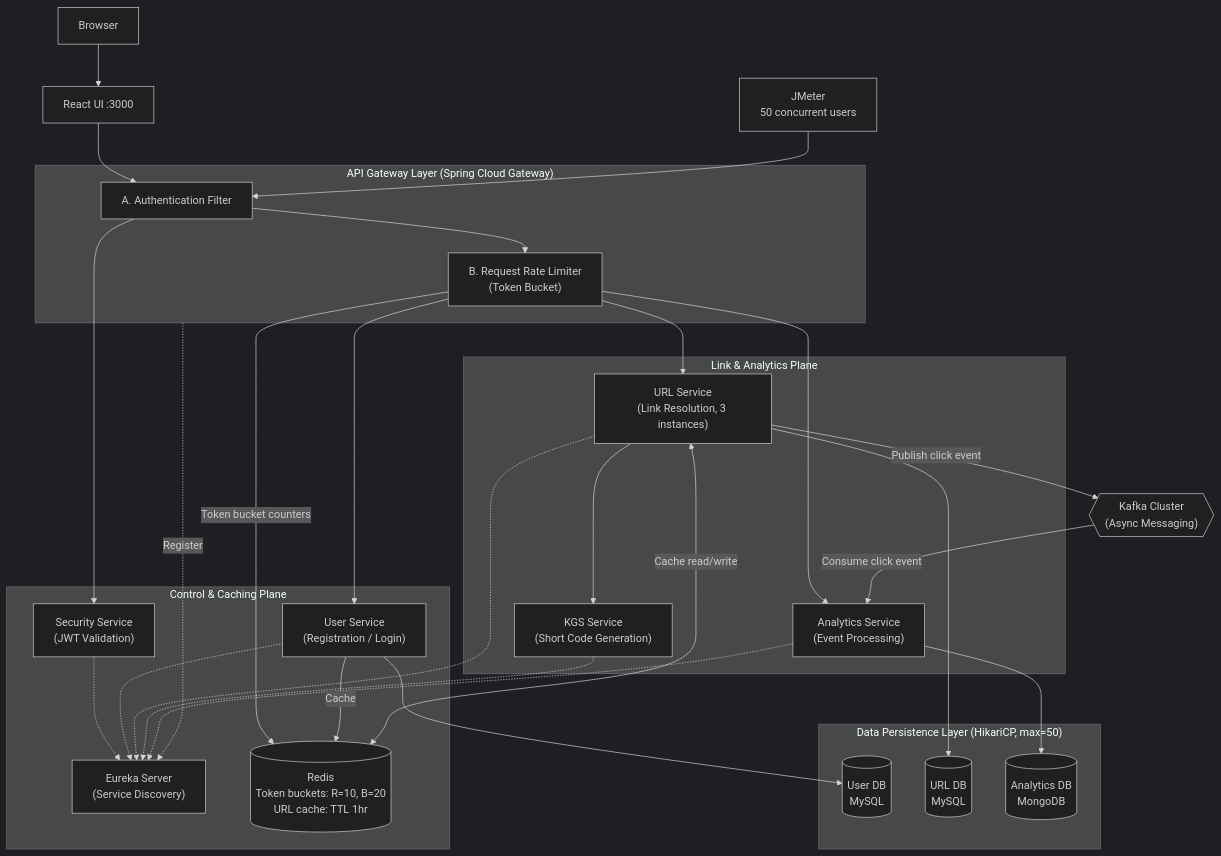
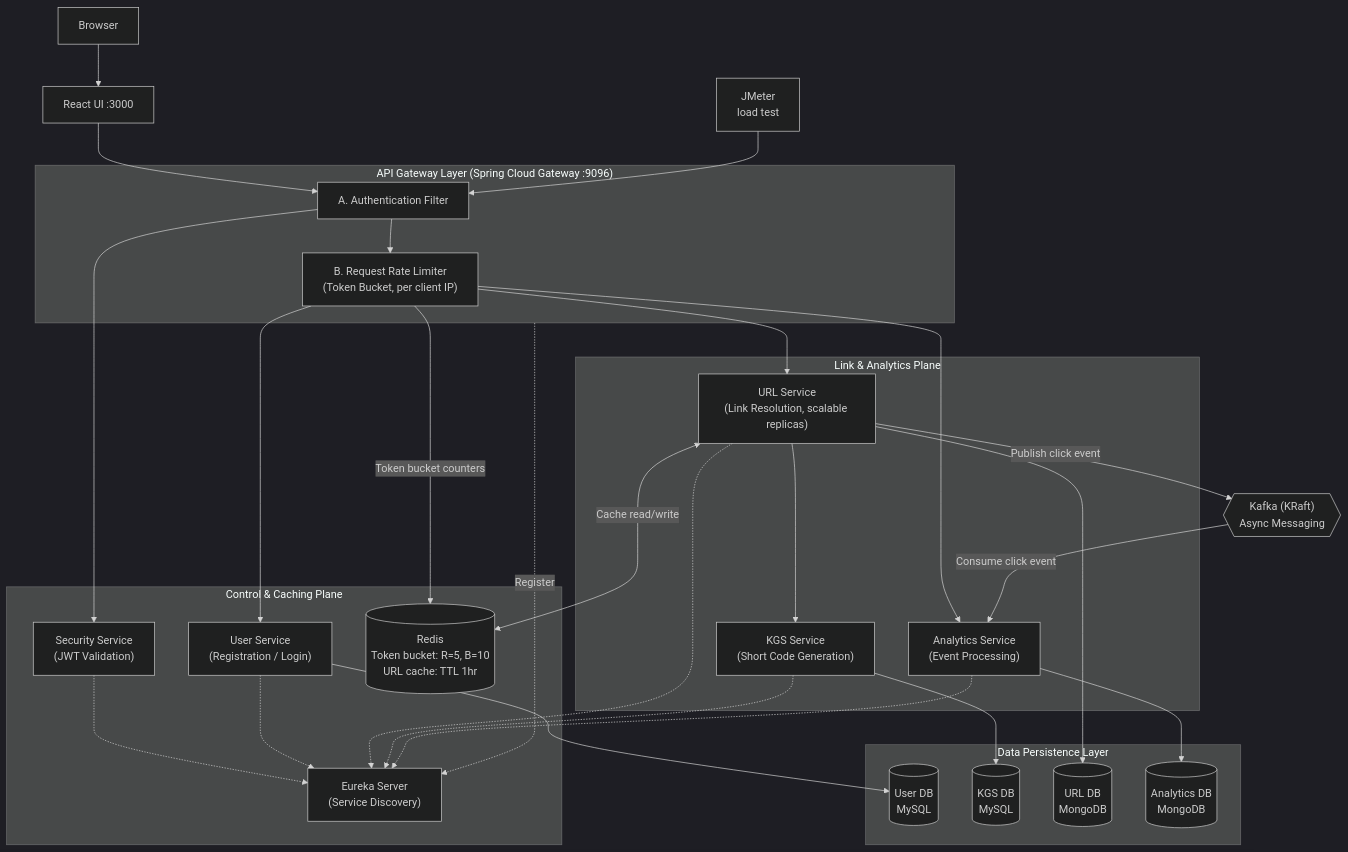
Before and after one commit to Hemant15-Bl/Url-Shortener: the diagram in README.md, drawn with Mermaid (dark theme). The commit also changed other lines of this file, not shown here.

Commit message:
Fix: Added load testing + performance result

````diff
--- a/README.md
+++ b/README.md
@@ -34,63 +34,64 @@
 ```mermaid
 graph TB
     Browser["Browser"] --> UI["React UI :3000"]
-    JMeter["JMeter<br/>50 concurrent users"]
+    JMeter["JMeter<br/>load test"]
 
-    subgraph GWL["API Gateway Layer (Spring Cloud Gateway)"]
+    subgraph GWL["API Gateway Layer (Spring Cloud Gateway :9096)"]
         AUTH["A. Authentication Filter"]
-        RL["B. Request Rate Limiter<br/>(Token Bucket)"]
+        RL["B. Request Rate Limiter<br/>(Token Bucket, per client IP)"]
         AUTH --> RL
     end
     UI --> AUTH
     JMeter --> AUTH
 
     subgraph CCP["Control & Caching Plane"]
         EUREKA["Eureka Server<br/>(Service Discovery)"]
         SEC["Security Service<br/>(JWT Validation)"]
         USER["User Service<br/>(Registration / Login)"]
-        REDIS[("Redis<br/>Token buckets: R=10, B=20<br/>URL cache: TTL 1hr")]
+        REDIS[("Redis<br/>Token bucket: R=5, B=10<br/>URL cache: TTL 1hr")]
     end
 
     subgraph LAP["Link & Analytics Plane"]
-        URL["URL Service<br/>(Link Resolution, 3 instances)"]
+        URL["URL Service<br/>(Link Resolution, scalable replicas)"]
         KGS["KGS Service<br/>(Short Code Generation)"]
         ANALYTICS["Analytics Service<br/>(Event Processing)"]
     end
 
-    KAFKA{{"Kafka Cluster<br/>(Async Messaging)"}}
+    KAFKA{{"Kafka (KRaft)<br/>Async Messaging"}}
 
-    subgraph DB["Data Persistence Layer (HikariCP, max=50)"]
+    subgraph PERSIST["Data Persistence Layer"]
         USERDB[("User DB<br/>MySQL")]
-        URLDB[("URL DB<br/>MySQL")]
+        KGSDB[("KGS DB<br/>MySQL")]
+        URLDB[("URL DB<br/>MongoDB")]
         ANALYTICSDB[("Analytics DB<br/>MongoDB")]
     end
 
     %% Request flow
     AUTH --> SEC
     RL -->|"Token bucket counters"| REDIS
     RL --> USER
     RL --> URL
     RL --> ANALYTICS
 
     %% Service discovery
     GWL -.->|"Register"| EUREKA
     SEC -.-> EUREKA
     USER -.-> EUREKA
     URL -.-> EUREKA
     KGS -.-> EUREKA
     ANALYTICS -.-> EUREKA
 
     %% Caching and ID generation
-    USER -->|"Cache"| REDIS
     URL <-->|"Cache read/write"| REDIS
     URL --> KGS
 
     %% Event pipeline
     URL -->|"Publish click event"| KAFKA
     KAFKA -->|"Consume click event"| ANALYTICS
 
     %% Persistence
     USER --> USERDB
+    KGS --> KGSDB
     URL --> URLDB
     ANALYTICS --> ANALYTICSDB
 ```
````
